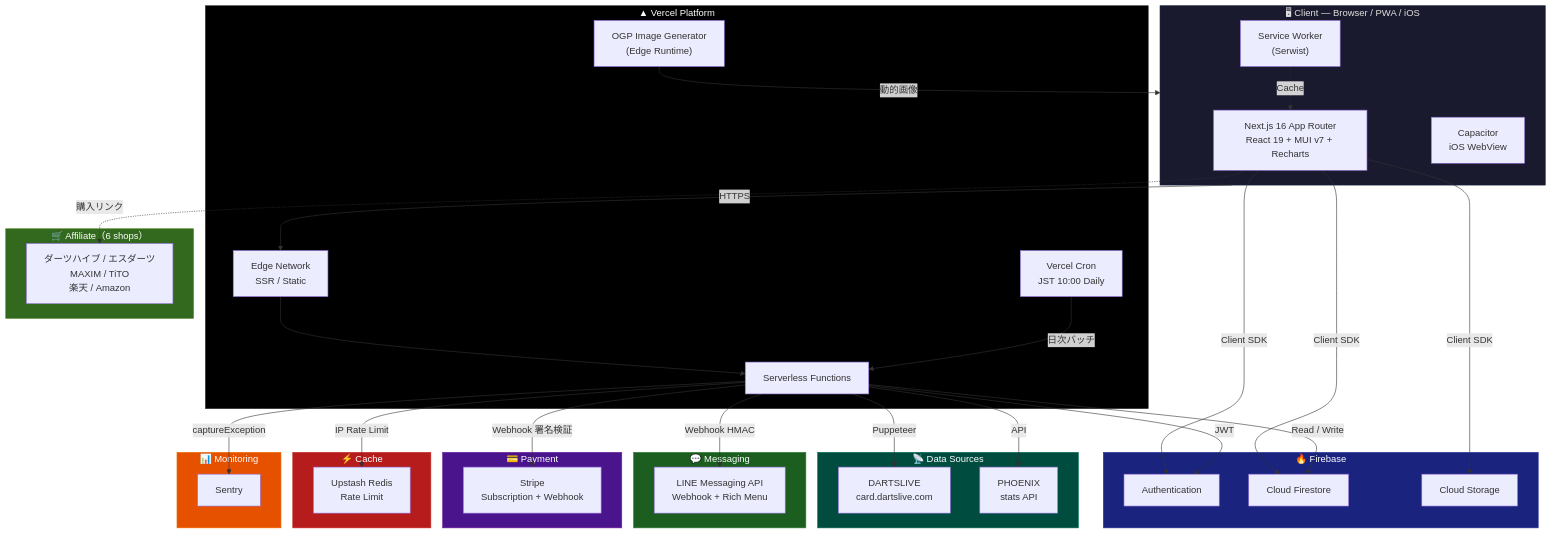
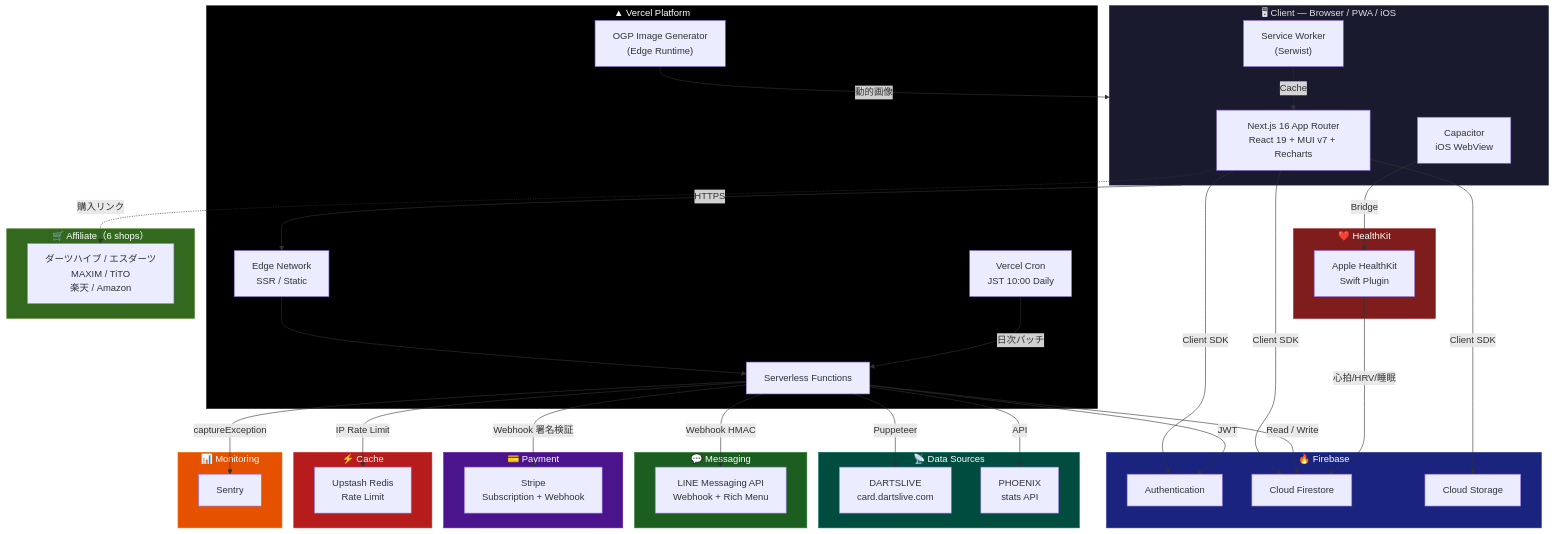
The diagram in README.md (seiryuu1215/darts-app), drawn with Mermaid before and after one commit. The commit also changed other lines of this file and 5 other files, not shown here.

First line of the commit message:
docs: HealthKit連携を設計書・構成図・READMEに反映（v3.2）

````diff
--- a/README.md
+++ b/README.md
@@ -96,75 +98,82 @@
 ```mermaid
 graph TB
     subgraph Client["🖥 Client — Browser / PWA / iOS"]
         App["Next.js 16 App Router<br/>React 19 + MUI v7 + Recharts"]
         SW["Service Worker<br/>(Serwist)"]
         Cap["Capacitor<br/>iOS WebView"]
     end
 
     subgraph Vercel["▲ Vercel Platform"]
         Edge["Edge Network<br/>SSR / Static"]
         SF["Serverless Functions"]
         Cron["Vercel Cron<br/>JST 10:00 Daily"]
         OG["OGP Image Generator<br/>(Edge Runtime)"]
     end
 
     subgraph Firebase["🔥 Firebase"]
         Auth["Authentication"]
         FS["Cloud Firestore"]
         ST["Cloud Storage"]
     end
 
     subgraph ExtData["📡 Data Sources"]
         DL["DARTSLIVE<br/>card.dartslive.com"]
         PX["PHOENIX<br/>stats API"]
+    end
+
+    subgraph Health["❤️ HealthKit"]
+        HK["Apple HealthKit<br/>Swift Plugin"]
     end
 
     subgraph Messaging["💬 Messaging"]
         LINE["LINE Messaging API<br/>Webhook + Rich Menu"]
     end
 
     subgraph Payment["💳 Payment"]
         Stripe["Stripe<br/>Subscription + Webhook"]
     end
 
     subgraph Cache["⚡ Cache"]
         Redis["Upstash Redis<br/>Rate Limit"]
     end
 
     subgraph Monitor["📊 Monitoring"]
         Sentry["Sentry"]
     end
 
     subgraph Affiliate["🛒 Affiliate（6 shops）"]
         Shops["ダーツハイブ / エスダーツ<br/>MAXIM / TiTO<br/>楽天 / Amazon"]
     end
 
     Client -->|HTTPS| Edge
     Edge --> SF
     App -->|Client SDK| FS
     App -->|Client SDK| Auth
     App -->|Client SDK| ST
     App -.->|購入リンク| Shops
     SW -.->|Cache| App
 
     Cron -->|日次バッチ| SF
     SF -->|Puppeteer| DL
     SF -->|API| PX
     SF -->|JWT| Auth
     SF -->|Read / Write| FS
     SF -->|Webhook 署名検証| Stripe
     SF -->|Webhook HMAC| LINE
     SF -->|IP Rate Limit| Redis
     SF -->|captureException| Sentry
     OG -->|動的画像| Client
+    Cap -->|Bridge| HK
+    HK -->|心拍/HRV/睡眠| FS
 
     style Client fill:#1a1a2e,stroke:#16213e,color:#e0e0e0
     style Vercel fill:#000,stroke:#333,color:#fff
     style Firebase fill:#1a237e,stroke:#283593,color:#fff
     style ExtData fill:#004d40,stroke:#00695c,color:#fff
     style Messaging fill:#1b5e20,stroke:#2e7d32,color:#fff
     style Payment fill:#4a148c,stroke:#6a1b9a,color:#fff
     style Cache fill:#b71c1c,stroke:#c62828,color:#fff
     style Monitor fill:#e65100,stroke:#ef6c00,color:#fff
     style Affiliate fill:#33691e,stroke:#558b2f,color:#fff
+    style Health fill:#7f1d1d,stroke:#991b1b,color:#fff
 ```
````
